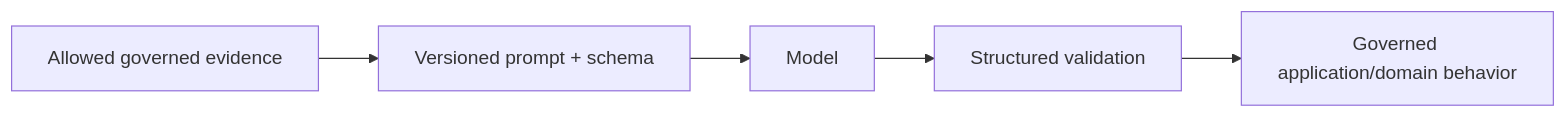
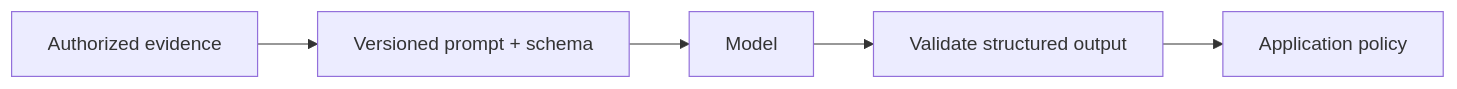
One commit to kumarchandansingh/tropos changed the fifth of 5 diagrams in docs/architecture/RAG_ARCHITECTURE.md. Above: the diagram before and after it, drawn with Mermaid. The commit also changed other lines of this file and 13 other files, not shown here.

````diff
--- a/docs/architecture/RAG_ARCHITECTURE.md
+++ b/docs/architecture/RAG_ARCHITECTURE.md
@@ -173,8 +126,8 @@
 ```mermaid
 flowchart LR
-    Evidence[Allowed governed evidence]
+    Evidence[Authorized evidence]
     --> Prompt[Versioned prompt + schema]
-    --> LLM[Model]
-    --> Validate[Structured validation]
-    --> Policy[Governed application/domain behavior]
+    --> Model[Model]
+    --> Validate[Validate structured output]
+    --> App[Application policy]
 ```
````
